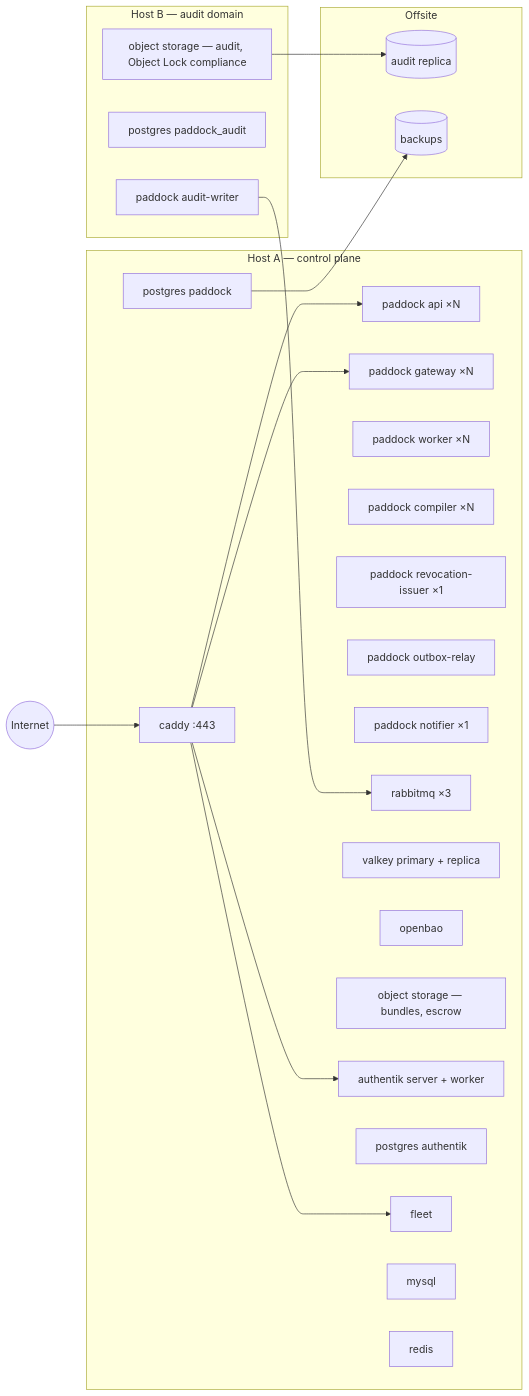
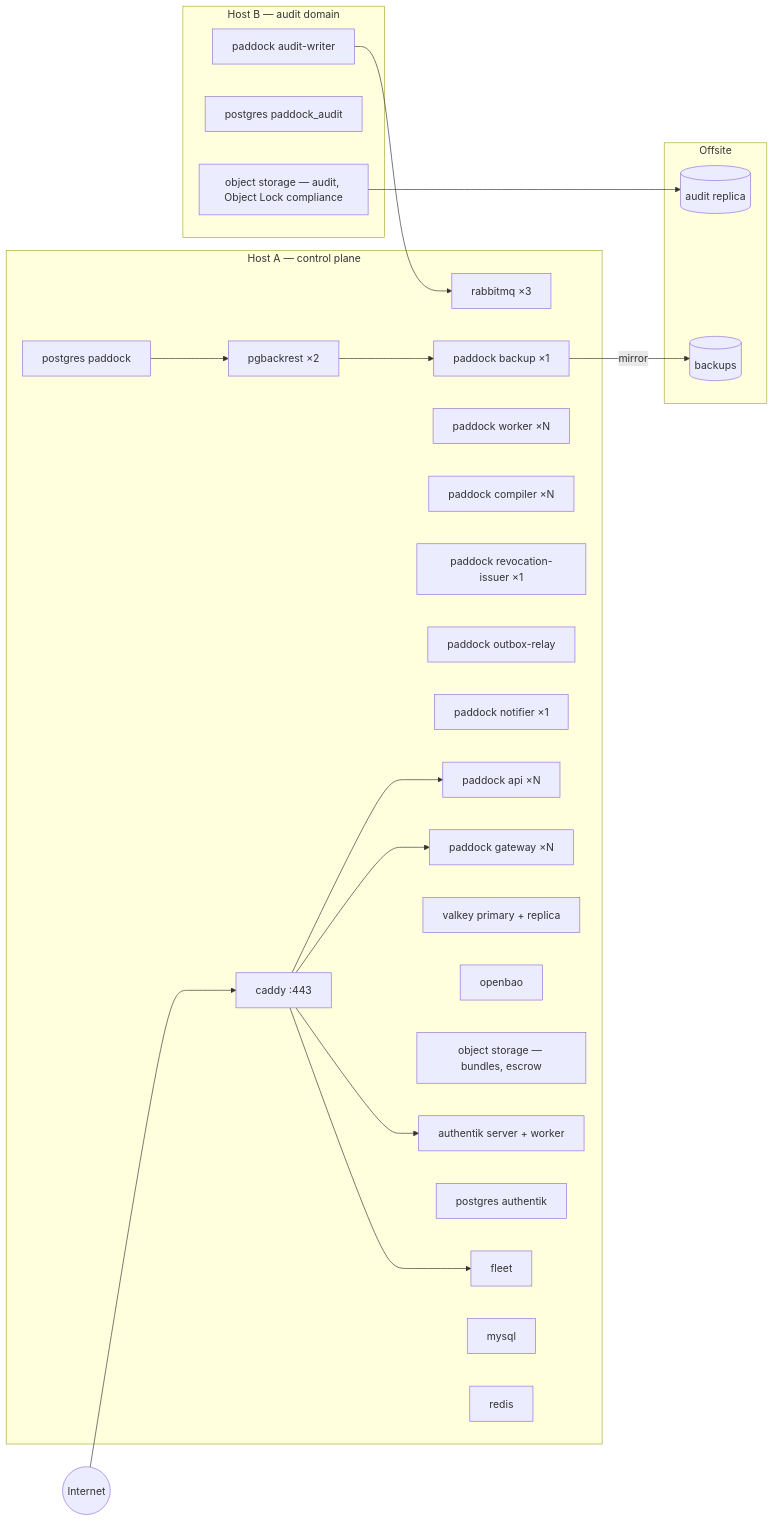
Before and after one commit to phischl/paddock-mdm: the fourth of 19 diagrams in docs/architecture.md, drawn with Mermaid. The commit also changed other lines of this file and 597 other files, not shown here.

````diff
--- a/docs/architecture.md
+++ b/docs/architecture.md
@@ -298,45 +303,49 @@
 ```mermaid
 flowchart LR
   internet((Internet))
 
   subgraph hostA[Host A — control plane]
     caddy[caddy :443]
     api1[paddock api ×N]
     gw1[paddock gateway ×N]
     wk[paddock worker ×N]
     cp[paddock compiler ×N]
     ri[paddock revocation-issuer ×1]
     ob[paddock outbox-relay]
     nt[paddock notifier ×1]
+    bk[paddock backup ×1]
+    pgbr[pgbackrest ×2]
     mq1[rabbitmq ×3]
     vk1[valkey primary + replica]
     pg1[postgres paddock]
     bao1[openbao]
     s3one[object storage — bundles, escrow]
     akw[authentik server + worker]
     akpg[postgres authentik]
     fls[fleet]
     flmy[mysql]
     flr[redis]
   end
 
   subgraph hostB[Host B — audit domain]
     aw[paddock audit-writer]
     pga1[postgres paddock_audit]
     s3two[object storage — audit, Object Lock compliance]
   end
 
   subgraph offsite[Offsite]
     rep[(audit replica)]
     bkp[(backups)]
   end
 
   internet --> caddy
   caddy --> api1
   caddy --> gw1
   caddy --> akw
   caddy --> fls
   aw --> mq1
   s3two --> rep
-  pg1 --> bkp
+  pg1 --> pgbr
+  pgbr --> bk
+  bk -->|mirror| bkp
 ```
````
